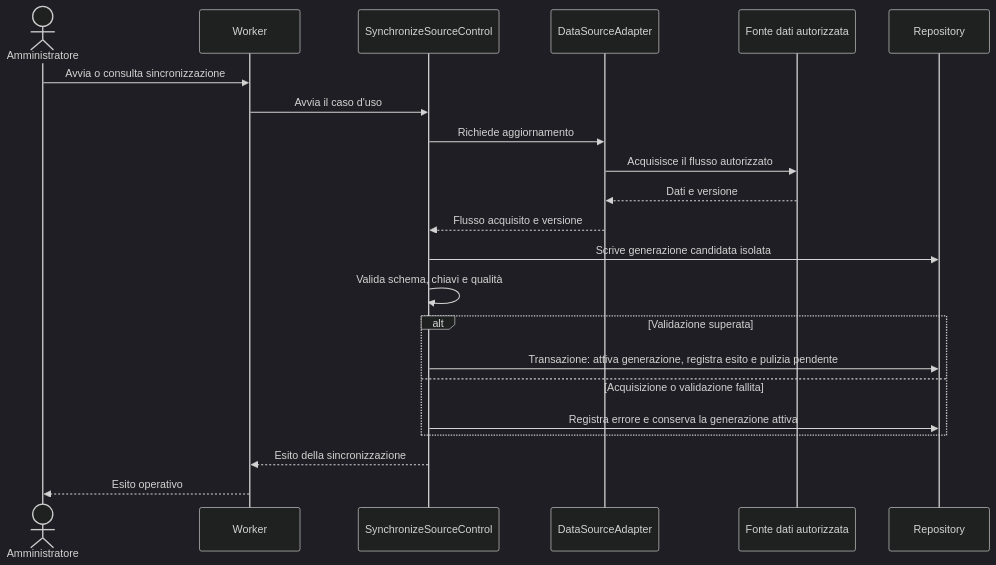
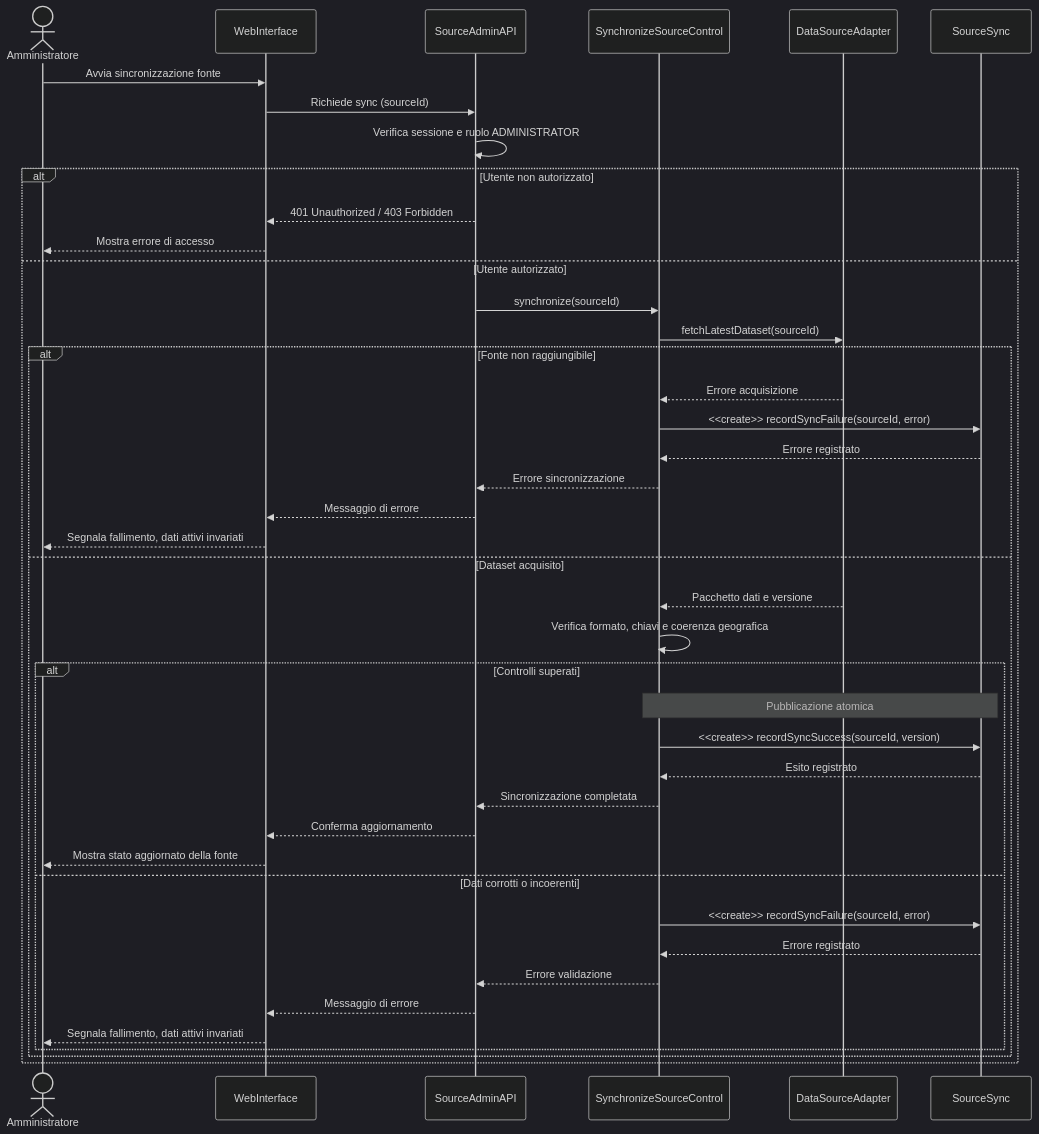
Before and after one commit to andreaplini/aegis: the eighth of 10 diagrams in docs/RAD.md, drawn with Mermaid (dark theme). The commit also changed other lines of this file, not shown here.

````diff
--- a/docs/RAD.md
+++ b/docs/RAD.md
@@ -628,25 +702,44 @@
 ```mermaid
 sequenceDiagram
-  accDescr: Il worker delega la sincronizzazione, che acquisisce e valida i dati in isolamento e registra pubblicazione ed effetto cache pendente nella stessa transazione. Un errore mantiene la generazione attiva precedente.
   actor A as Amministratore
-  participant W as Worker
+  participant UI as WebInterface
+  participant API as SourceAdminAPI
   participant UC as SynchronizeSourceControl
-  participant P as DataSourceAdapter
-  participant D as Fonte dati autorizzata
-  participant R as Repository
-  A->>W: Avvia o consulta sincronizzazione
-  W->>UC: Avvia il caso d'uso
-  UC->>P: Richiede aggiornamento
-  P->>D: Acquisisce il flusso autorizzato
-  D-->>P: Dati e versione
-  P-->>UC: Flusso acquisito e versione
-  UC->>R: Scrive generazione candidata isolata
-  UC->>UC: Valida schema, chiavi e qualità
-  alt Validazione superata
-    UC->>R: Transazione: attiva generazione, registra esito e pulizia pendente
-  else Acquisizione o validazione fallita
-    UC->>R: Registra errore e conserva la generazione attiva
+  participant DS as DataSourceAdapter
+  participant SS as SourceSync
+  A->>UI: Avvia sincronizzazione fonte
+  UI->>API: Richiede sync (sourceId)
+  API->>API: Verifica sessione e ruolo ADMINISTRATOR
+  alt Utente non autorizzato
+    API-->>UI: 401 Unauthorized / 403 Forbidden
+    UI-->>A: Mostra errore di accesso
+  else Utente autorizzato
+    API->>UC: synchronize(sourceId)
+    UC->>DS: fetchLatestDataset(sourceId)
+    alt Fonte non raggiungibile
+      DS-->>UC: Errore acquisizione
+      UC->>SS: <<create>> recordSyncFailure(sourceId, error)
+      SS-->>UC: Errore registrato
+      UC-->>API: Errore sincronizzazione
+      API-->>UI: Messaggio di errore
+      UI-->>A: Segnala fallimento, dati attivi invariati
+    else Dataset acquisito
+      DS-->>UC: Pacchetto dati e versione
+      UC->>UC: Verifica formato, chiavi e coerenza geografica
+      alt Controlli superati
+        Note over UC,SS: Pubblicazione atomica
+        UC->>SS: <<create>> recordSyncSuccess(sourceId, version)
+        SS-->>UC: Esito registrato
+        UC-->>API: Sincronizzazione completata
+        API-->>UI: Conferma aggiornamento
+        UI-->>A: Mostra stato aggiornato della fonte
+      else Dati corrotti o incoerenti
+        UC->>SS: <<create>> recordSyncFailure(sourceId, error)
+        SS-->>UC: Errore registrato
+        UC-->>API: Errore validazione
+        API-->>UI: Messaggio di errore
+        UI-->>A: Segnala fallimento, dati attivi invariati
+      end
+    end
   end
-  UC-->>W: Esito della sincronizzazione
-  W-->>A: Esito operativo
 ```
````
